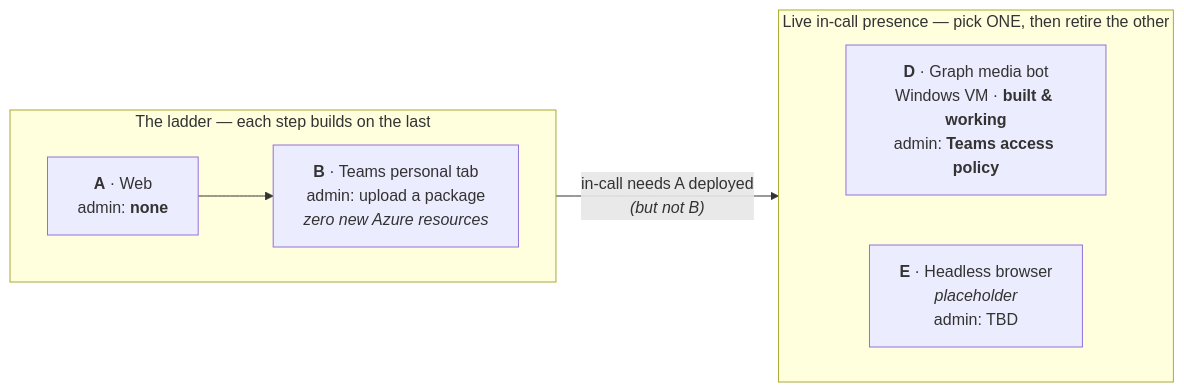
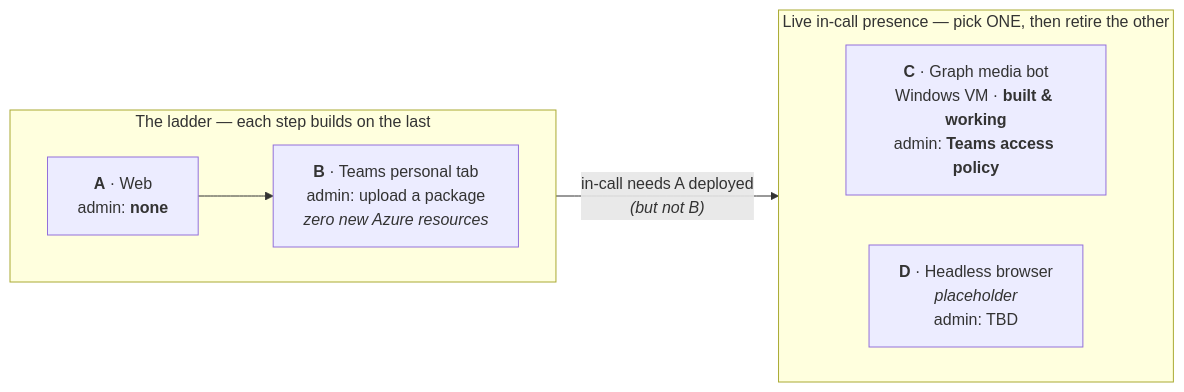
Before and after one commit to SridharArrabelly/avatar-forge: the diagram in docs/channels/README.md, drawn with Mermaid. The commit also changed other lines of this file and 34 other files, not shown here.

````diff
--- a/docs/channels/README.md
+++ b/docs/channels/README.md
@@ -49,17 +49,17 @@
 ```mermaid
 flowchart LR
     subgraph Ladder["The ladder — each step builds on the last"]
         direction LR
         A["<b>A</b> · Web<br/>admin: <b>none</b>"]
         B["<b>B</b> · Teams personal tab<br/>admin: upload a package<br/><i>zero new Azure resources</i>"]
         A --> B
     end
 
     subgraph Rivals["Live in-call presence — pick ONE, then retire the other"]
         direction LR
-        D["<b>D</b> · Graph media bot<br/>Windows VM · <b>built &amp; working</b><br/>admin: <b>Teams access policy</b>"]
-        E["<b>E</b> · Headless browser<br/><i>placeholder</i><br/>admin: TBD"]
+        C["<b>C</b> · Graph media bot<br/>Windows VM · <b>built &amp; working</b><br/>admin: <b>Teams access policy</b>"]
+        D["<b>D</b> · Headless browser<br/><i>placeholder</i><br/>admin: TBD"]
     end
 
     A -- "in-call needs A deployed<br/><i>(but not B)</i>" --> Rivals
 ```
````
